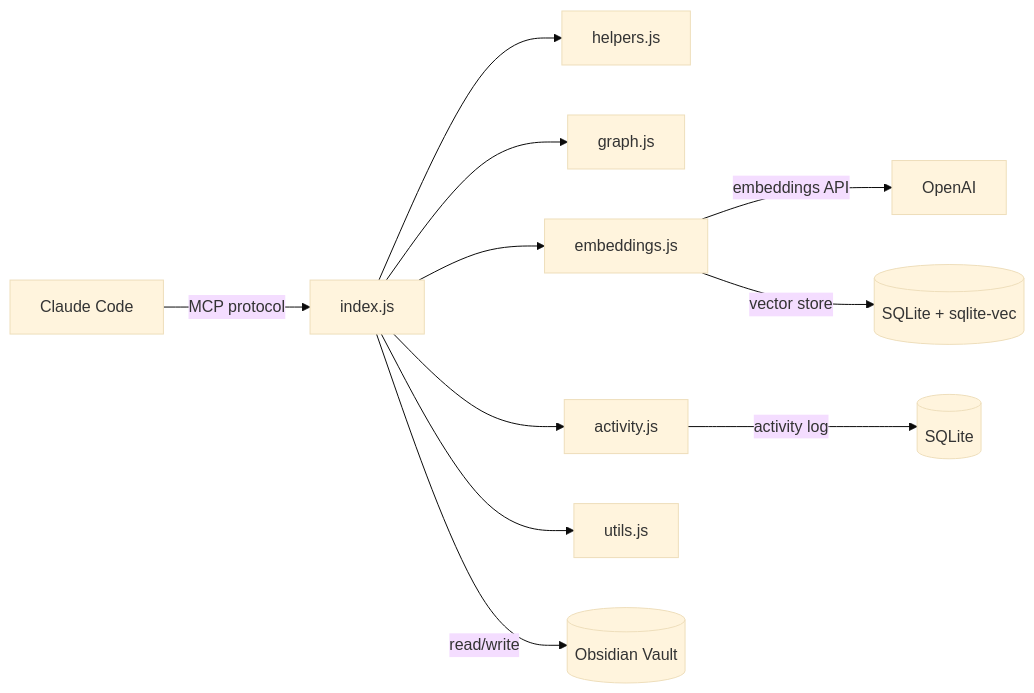
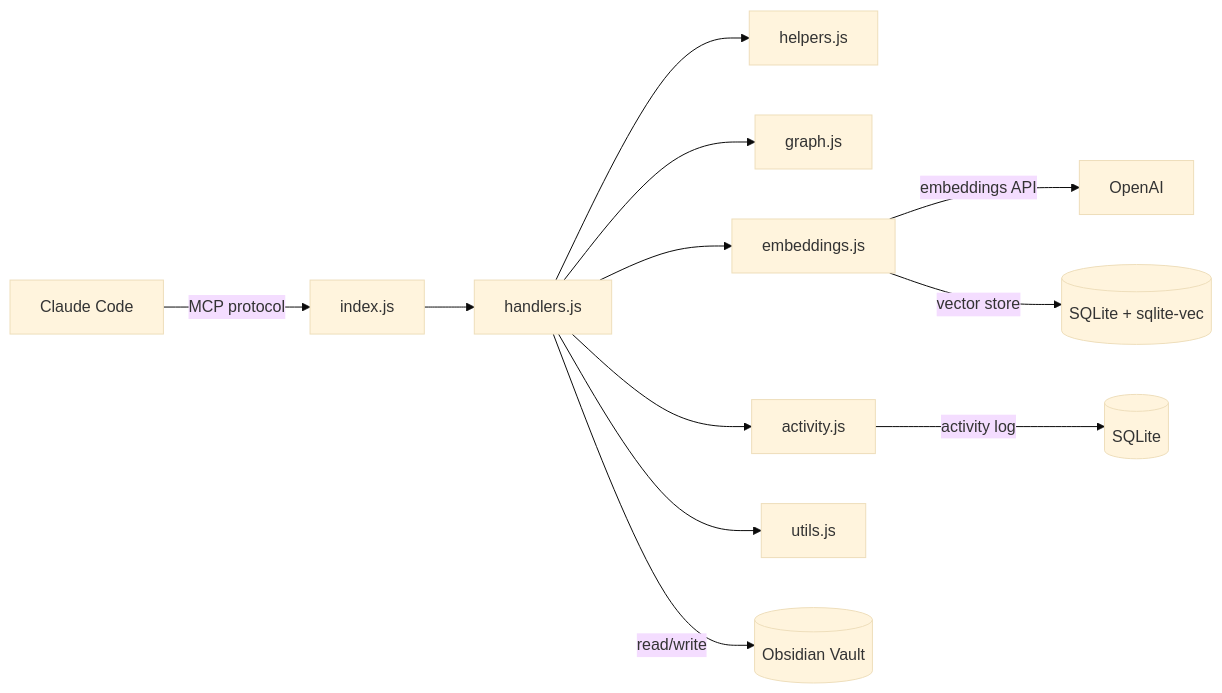
Before and after one commit to AdrianV101/Obsidian-MCP: the diagram in README.md, drawn with Mermaid (base theme). The commit also changed 8 other files, not shown here.

````diff
--- a/README.md
+++ b/README.md
@@ -120,13 +120,14 @@
 ```mermaid
 graph LR
     CC[Claude Code] -->|MCP protocol| IDX[index.js]
-    IDX --> H[helpers.js]
-    IDX --> G[graph.js]
-    IDX --> E[embeddings.js]
-    IDX --> A[activity.js]
-    IDX --> U[utils.js]
-    IDX -->|read/write| V[(Obsidian Vault)]
+    IDX --> HND[handlers.js]
+    HND --> H[helpers.js]
+    HND --> G[graph.js]
+    HND --> E[embeddings.js]
+    HND --> A[activity.js]
+    HND --> U[utils.js]
+    HND -->|read/write| V[(Obsidian Vault)]
     E -->|embeddings API| OAI[OpenAI]
     E -->|vector store| DB[(SQLite + sqlite-vec)]
     A -->|activity log| DB2[(SQLite)]
 ```
````
